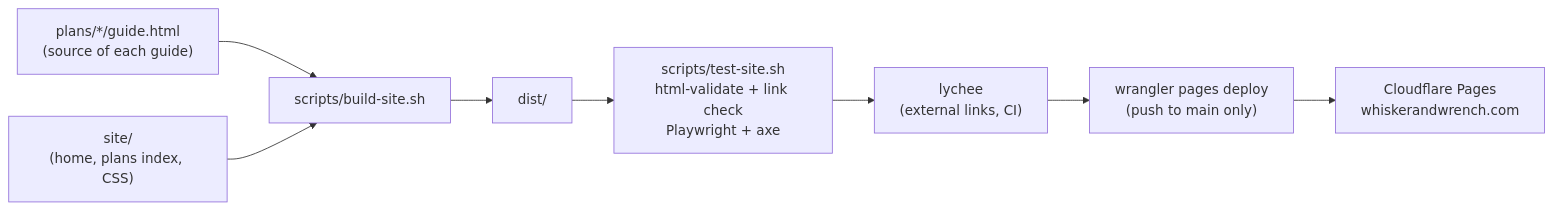
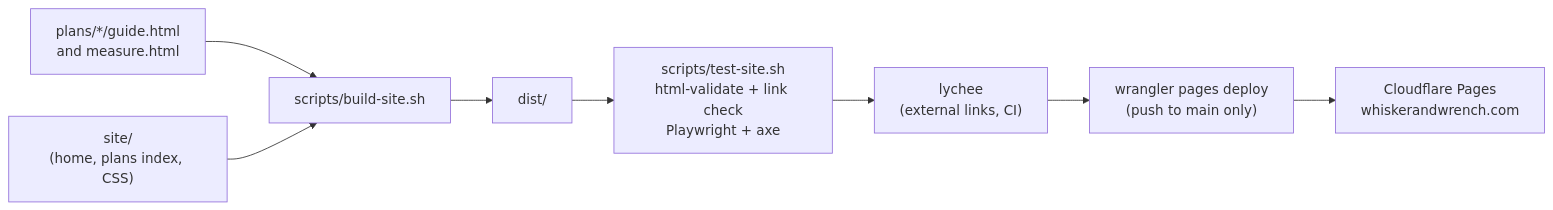
Before and after one commit to esanacore/whisker-and-wrench: the diagram in docs/ARCHITECTURE.md, drawn with Mermaid. The commit also changed other lines of this file and 24 other files, not shown here.

````diff
--- a/docs/ARCHITECTURE.md
+++ b/docs/ARCHITECTURE.md
@@ -14,10 +15,10 @@
 ```mermaid
 flowchart LR
-    plans["plans/*/guide.html<br/>(source of each guide)"] --> build
+    plans["plans/*/guide.html<br/>and measure.html"] --> build
     site["site/<br/>(home, plans index, CSS)"] --> build
     build["scripts/build-site.sh"] --> dist["dist/"]
     dist --> tests["scripts/test-site.sh<br/>html-validate + link check<br/>Playwright + axe"]
     tests --> lychee["lychee<br/>(external links, CI)"]
     lychee --> deploy["wrangler pages deploy<br/>(push to main only)"]
     deploy --> cf["Cloudflare Pages<br/>whiskerandwrench.com"]
 ```
````
